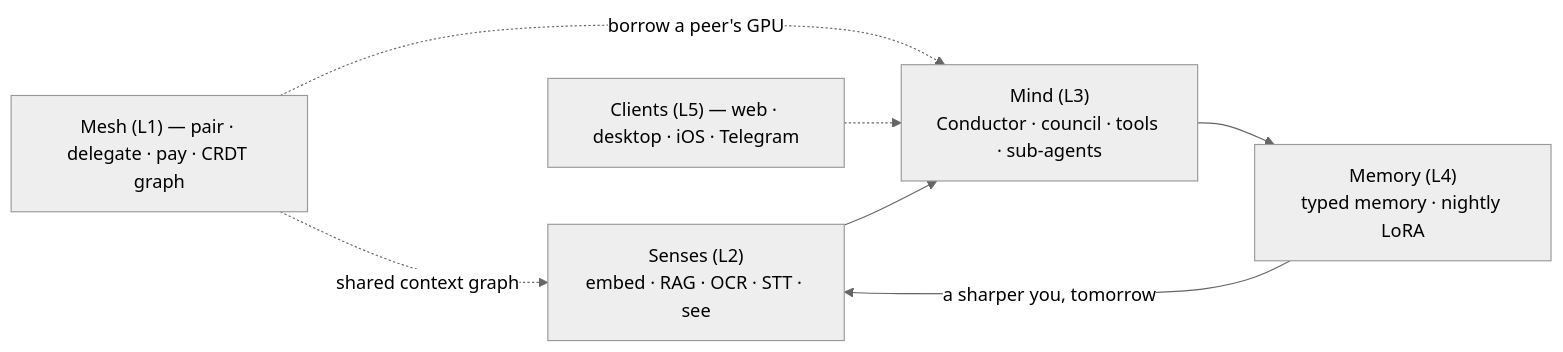
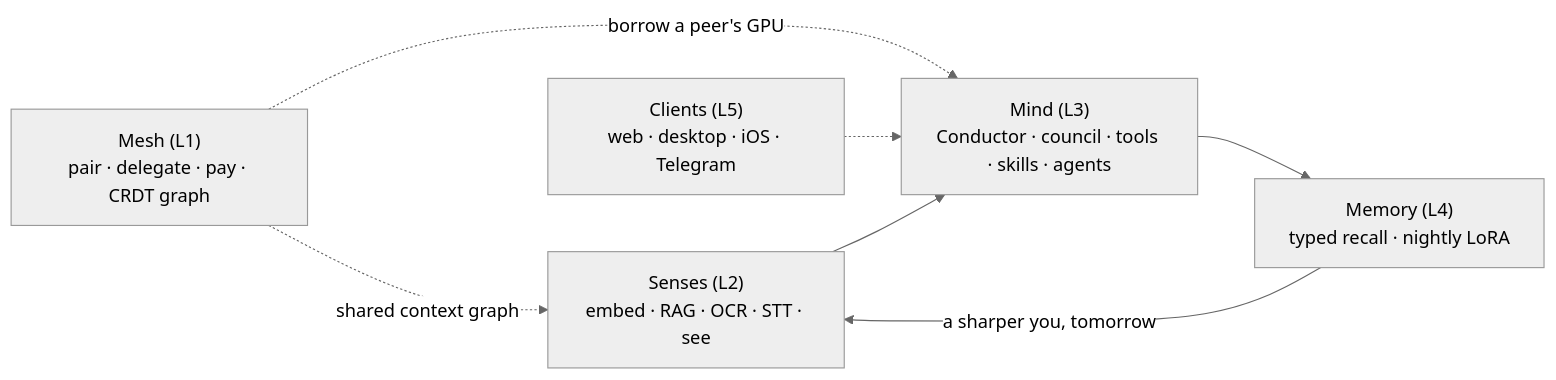
The first of 2 diagrams in README.md (danielAsaboro/Leash), drawn with Mermaid (neutral theme) before and after one commit. The commit also changed other lines of this file and 10 other files, not shown here.

````diff
--- a/README.md
+++ b/README.md
@@ -52,13 +59,14 @@
 ```mermaid
 flowchart LR
   S["Senses (L2)<br/>embed · RAG · OCR · STT · see"]
-  M["Mind (L3)<br/>Conductor · council · tools · sub-agents"]
-  MEM["Memory (L4)<br/>typed memory · nightly LoRA"]
+  M["Mind (L3)<br/>Conductor · council · tools · skills · agents"]
+  MEM["Memory (L4)<br/>typed recall · nightly LoRA"]
+  MESH["Mesh (L1)<br/>pair · delegate · pay · CRDT graph"]
+  CL["Clients (L5)<br/>web · desktop · iOS · Telegram"]
+
   S --> M --> MEM
   MEM -->|"a sharper you, tomorrow"| S
-  MESH["Mesh (L1) — pair · delegate · pay · CRDT graph"]
-  CL["Clients (L5) — web · desktop · iOS · Telegram"]
-  MESH -.->|borrow a peer's GPU| M
-  MESH -.->|shared context graph| S
+  MESH -.->|"borrow a peer's GPU"| M
+  MESH -.->|"shared context graph"| S
   CL -.-> M
 ```
````
